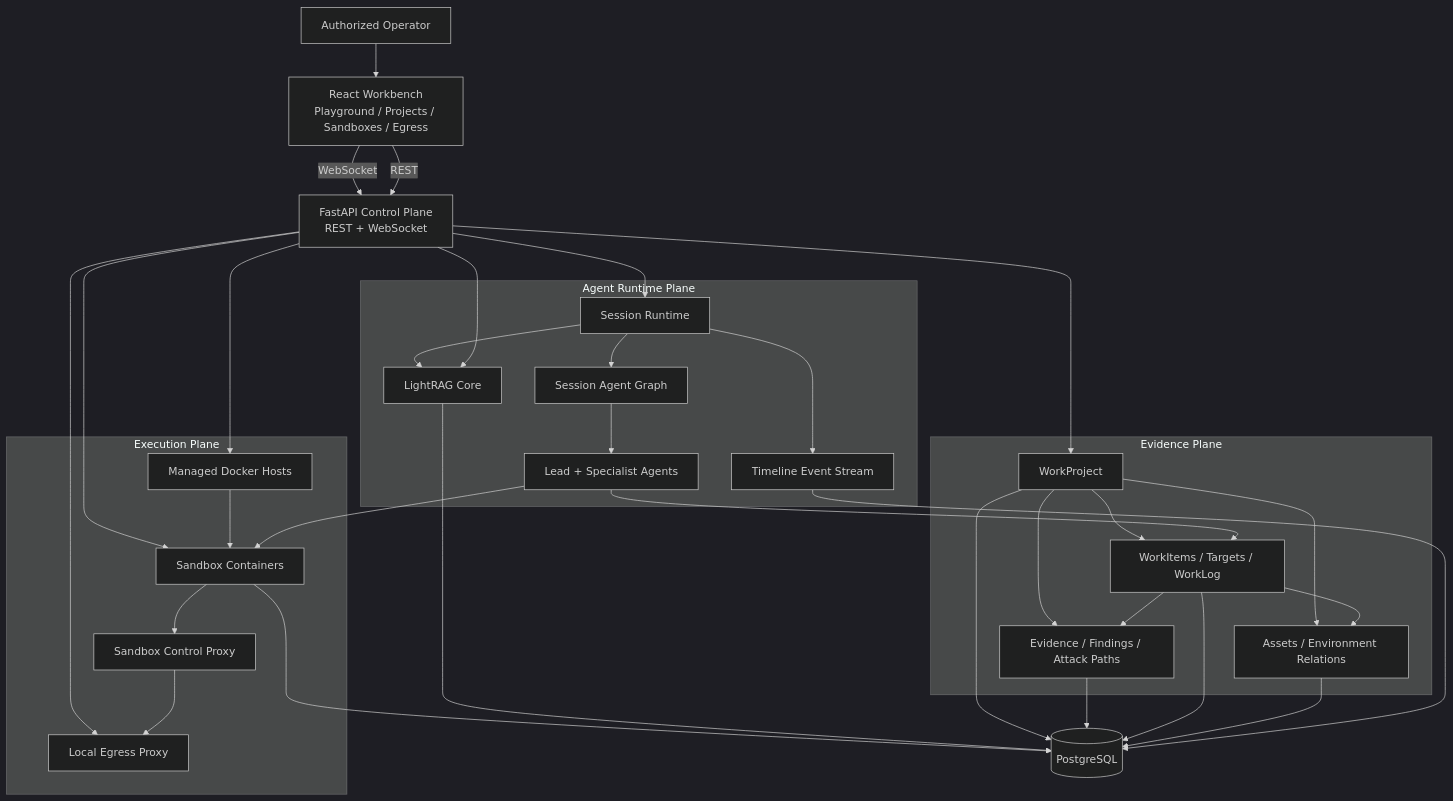
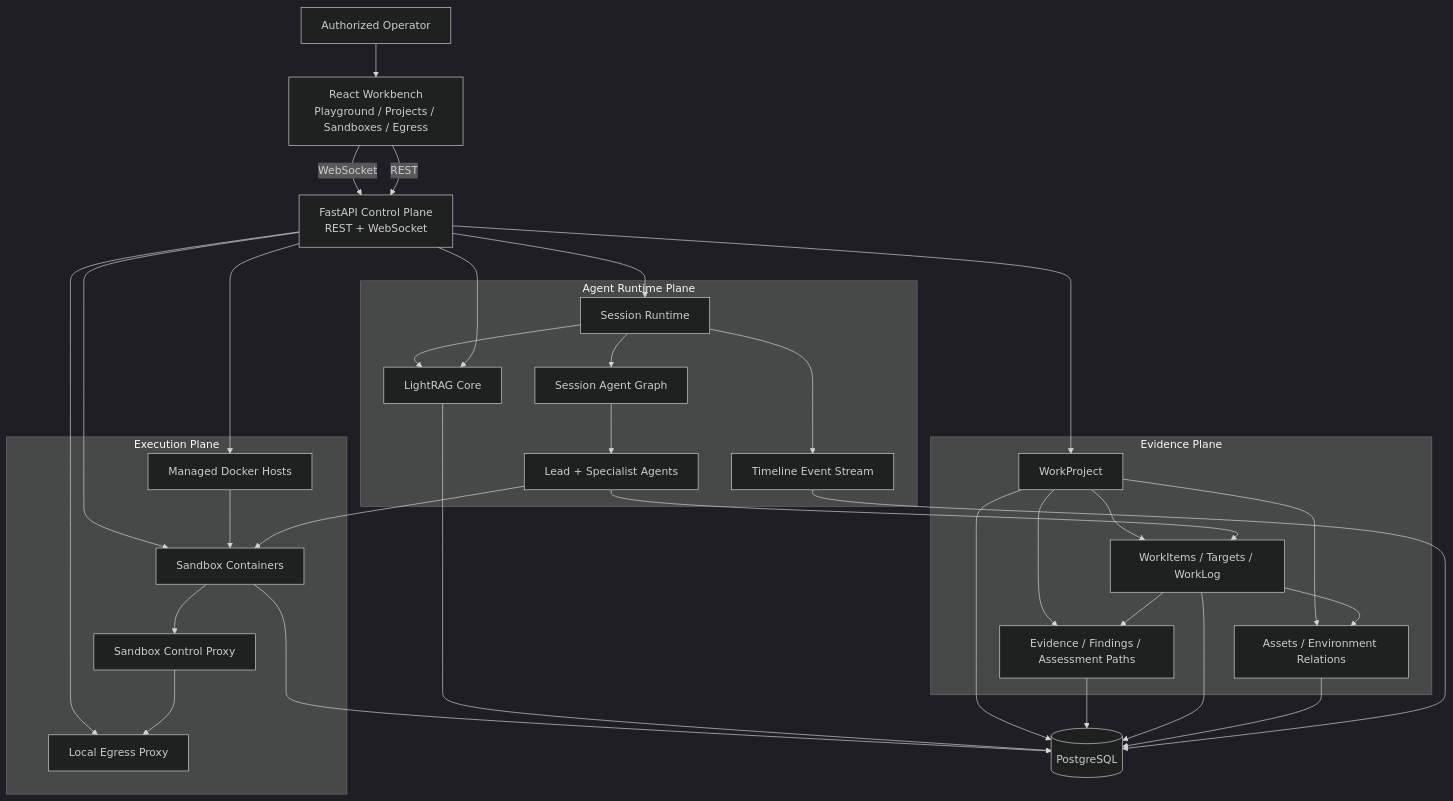
The first of 4 diagrams in README.md (1sLand99/Z3r0), drawn with Mermaid (dark theme) before and after one commit. The commit also changed other lines of this file and 31 other files, not shown here.

````diff
--- a/README.md
+++ b/README.md
@@ -41,57 +36,57 @@
 ```mermaid
 flowchart TB
   Operator["Authorized Operator"]
   Workbench["React Workbench<br/>Playground / Projects / Sandboxes / Egress"]
   API["FastAPI Control Plane<br/>REST + WebSocket"]
 
   subgraph Runtime["Agent Runtime Plane"]
     Session["Session Runtime"]
     Graph["Session Agent Graph"]
     Team["Lead + Specialist Agents"]
     RAG["LightRAG Core"]
     Timeline["Timeline Event Stream"]
   end
 
   subgraph Evidence["Evidence Plane"]
     Project["WorkProject"]
     GraphData["Assets / Environment Relations"]
     Workflow["WorkItems / Targets / WorkLog"]
-    Conclusions["Evidence / Findings / Attack Paths"]
+    Conclusions["Evidence / Findings / Assessment Paths"]
   end
 
   subgraph Execution["Execution Plane"]
     Hosts["Managed Docker Hosts"]
     Containers["Sandbox Containers"]
     ControlProxy["Sandbox Control Proxy"]
     Egress["Local Egress Proxy"]
   end
 
   Store[("PostgreSQL")]
 
   Operator --> Workbench
   Workbench -->|REST| API
   Workbench -->|WebSocket| API
   API --> Session --> Graph --> Team
   API --> RAG
   Session --> RAG
   Team --> Workflow
   Workflow --> GraphData
   Workflow --> Conclusions
   Team --> Containers
   Session --> Timeline
   Project --> GraphData
   Project --> Workflow
   Project --> Conclusions
   Hosts --> Containers --> ControlProxy --> Egress
   API --> Project
   API --> Hosts
   API --> Containers
   API --> Egress
   Timeline --> Store
   GraphData --> Store
   Workflow --> Store
   Conclusions --> Store
   Project --> Store
   Containers --> Store
   RAG --> Store
 ```
````
